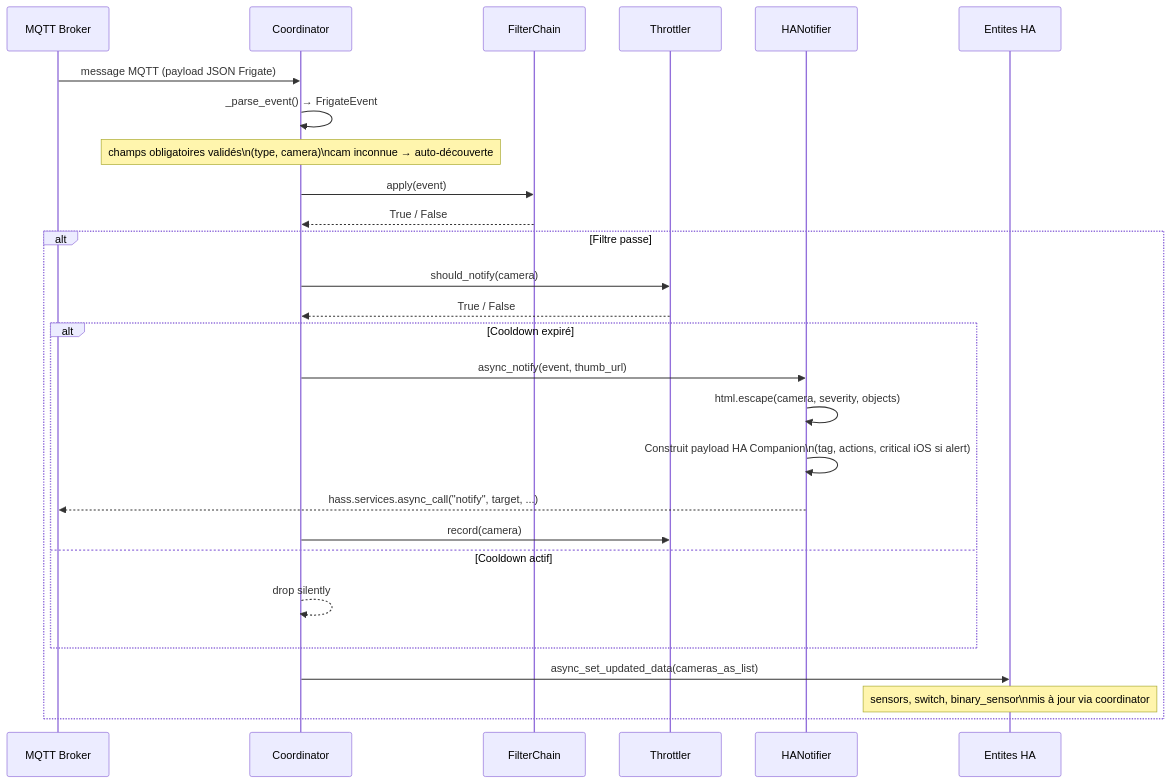
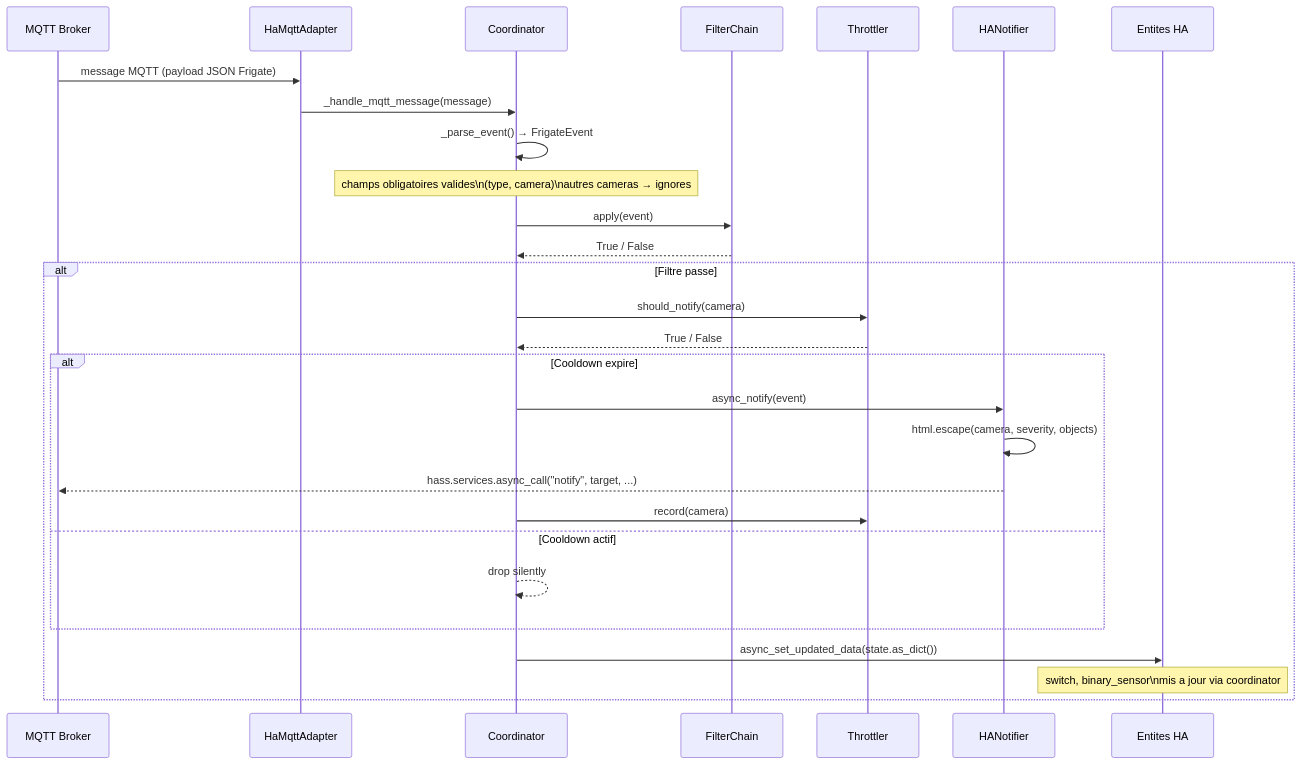
One commit to trowaflo/frigate-event-manager changed the second of 4 diagrams in docs/architecture.md. Above: the diagram before and after it, drawn with Mermaid. The commit also changed other lines of this file and 10 other files, not shown here.

````diff
--- a/docs/architecture.md
+++ b/docs/architecture.md
@@ -54,34 +72,35 @@
 ```mermaid
 sequenceDiagram
     participant B as MQTT Broker
+    participant A as HaMqttAdapter
     participant C as Coordinator
     participant F as FilterChain
     participant T as Throttler
     participant N as HANotifier
     participant E as Entites HA
 
-    B->>C: message MQTT (payload JSON Frigate)
+    B->>A: message MQTT (payload JSON Frigate)
+    A->>C: _handle_mqtt_message(message)
     C->>C: _parse_event() → FrigateEvent
-    Note over C: champs obligatoires validés\n(type, camera)\ncam inconnue → auto-découverte
+    Note over C: champs obligatoires valides\n(type, camera)\nautres cameras → ignores
 
     C->>F: apply(event)
     F-->>C: True / False
 
     alt Filtre passe
         C->>T: should_notify(camera)
         T-->>C: True / False
 
-        alt Cooldown expiré
-            C->>N: async_notify(event, thumb_url)
+        alt Cooldown expire
+            C->>N: async_notify(event)
             N->>N: html.escape(camera, severity, objects)
-            N->>N: Construit payload HA Companion\n(tag, actions, critical iOS si alert)
             N-->>B: hass.services.async_call("notify", target, ...)
             C->>T: record(camera)
         else Cooldown actif
             C-->>C: drop silently
         end
 
-        C->>E: async_set_updated_data(cameras_as_list)
-        Note over E: sensors, switch, binary_sensor\nmis à jour via coordinator
+        C->>E: async_set_updated_data(state.as_dict())
+        Note over E: switch, binary_sensor\nmis a jour via coordinator
     end
 ```
````
